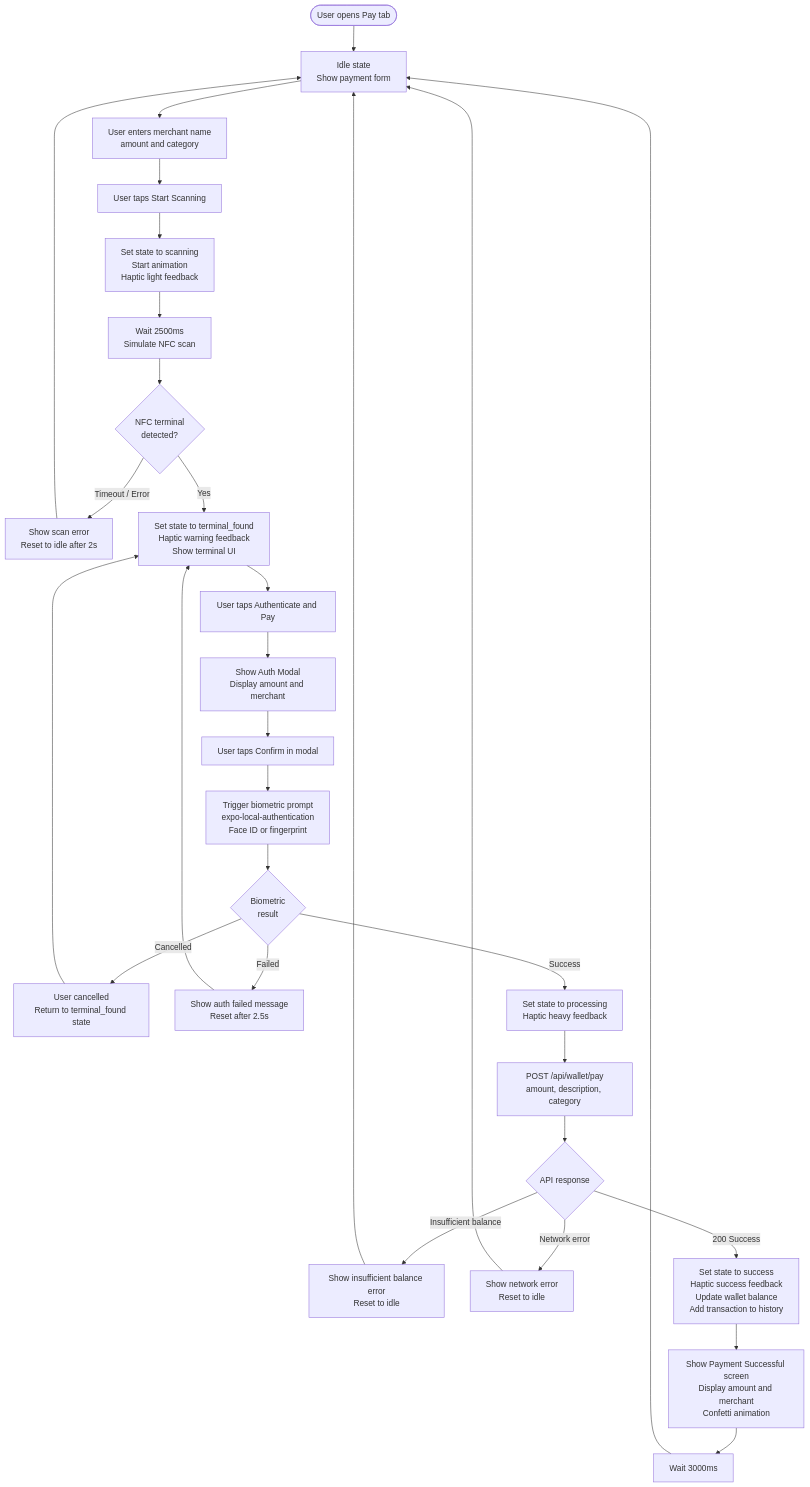
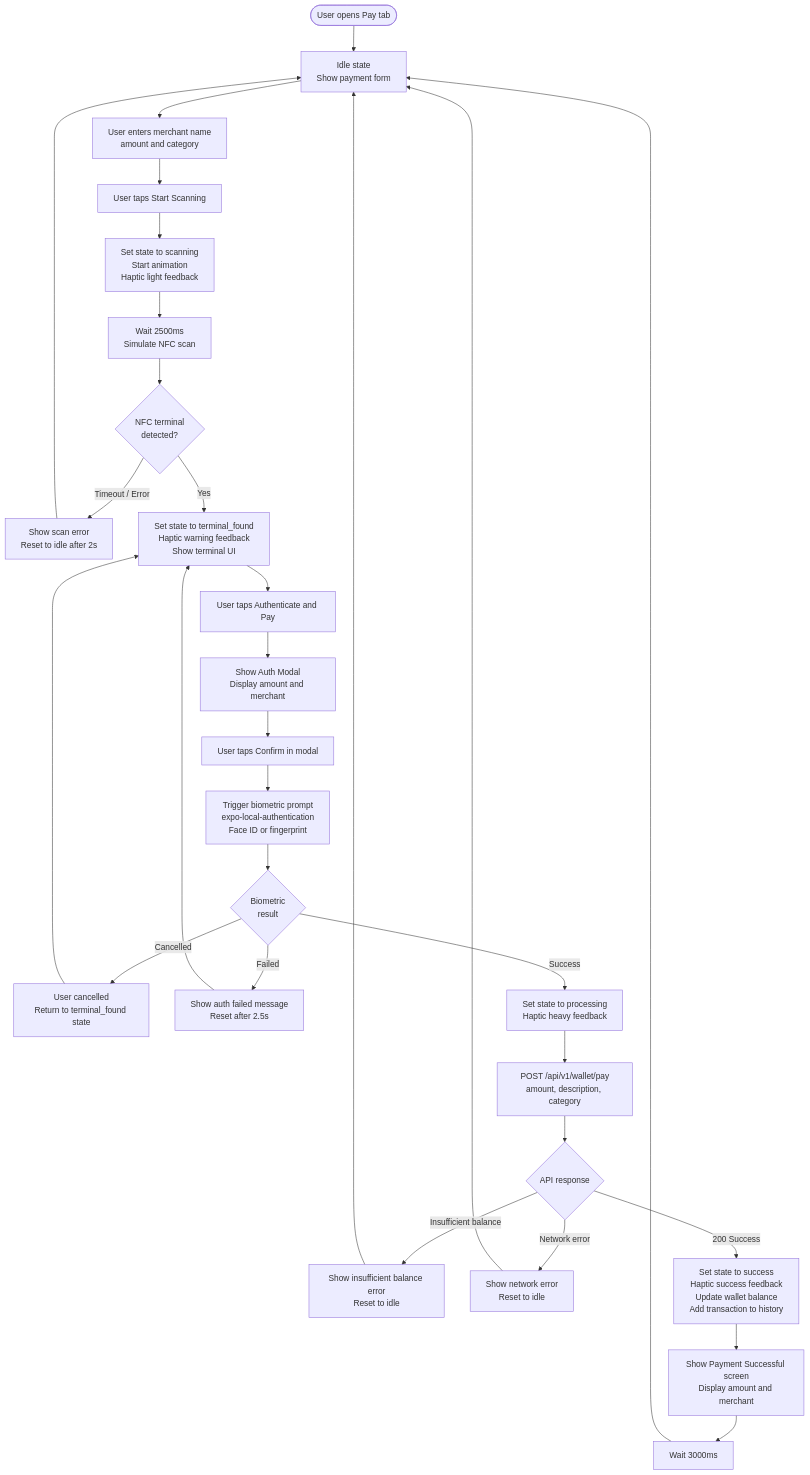
Before and after one commit to pac-cee/Rwanda_Pay: the third of 7 diagrams in docs/03-uml-diagrams.md, drawn with Mermaid. The commit also changed other lines of this file, not shown here.

Commit message:
uml_diagrams

````diff
--- a/docs/03-uml-diagrams.md
+++ b/docs/03-uml-diagrams.md
@@ -255,38 +230,38 @@
 ```mermaid
 flowchart TD
     START([User opens Pay tab]) --> IDLE[Idle state\nShow payment form]
     IDLE --> INPUT[User enters merchant name\namount and category]
     INPUT --> TAP_SCAN[User taps Start Scanning]
     TAP_SCAN --> SET_SCAN[Set state to scanning\nStart animation\nHaptic light feedback]
     SET_SCAN --> WAIT[Wait 2500ms\nSimulate NFC scan]
     WAIT --> FOUND{NFC terminal\ndetected?}
 
     FOUND -->|Timeout / Error| ERR_SCAN[Show scan error\nReset to idle after 2s]
     ERR_SCAN --> IDLE
 
     FOUND -->|Yes| TERMINAL[Set state to terminal_found\nHaptic warning feedback\nShow terminal UI]
     TERMINAL --> TAP_AUTH[User taps Authenticate and Pay]
     TAP_AUTH --> SHOW_MODAL[Show Auth Modal\nDisplay amount and merchant]
     SHOW_MODAL --> TAP_CONFIRM[User taps Confirm in modal]
     TAP_CONFIRM --> BIO_PROMPT[Trigger biometric prompt\nexpo-local-authentication\nFace ID or fingerprint]
 
     BIO_PROMPT --> BIO_RESULT{Biometric\nresult}
     BIO_RESULT -->|Cancelled| CANCEL[User cancelled\nReturn to terminal_found state]
     CANCEL --> TERMINAL
     BIO_RESULT -->|Failed| BIO_FAIL[Show auth failed message\nReset after 2.5s]
     BIO_FAIL --> TERMINAL
     BIO_RESULT -->|Success| PROCESSING[Set state to processing\nHaptic heavy feedback]
 
-    PROCESSING --> API_CALL[POST /api/wallet/pay\namount, description, category]
+    PROCESSING --> API_CALL[POST /api/v1/wallet/pay\namount, description, category]
     API_CALL --> API_RESULT{API response}
 
     API_RESULT -->|Insufficient balance| INSUF[Show insufficient balance error\nReset to idle]
     INSUF --> IDLE
     API_RESULT -->|Network error| NET_ERR[Show network error\nReset to idle]
     NET_ERR --> IDLE
     API_RESULT -->|200 Success| SUCCESS[Set state to success\nHaptic success feedback\nUpdate wallet balance\nAdd transaction to history]
 
-    SUCCESS --> SHOW_SUCCESS[Show Payment Successful screen\nDisplay amount and merchant\nConfetti animation]
+    SUCCESS --> SHOW_SUCCESS[Show Payment Successful screen\nDisplay amount and merchant]
     SHOW_SUCCESS --> WAIT_RESET[Wait 3000ms]
     WAIT_RESET --> IDLE
 ```
````
